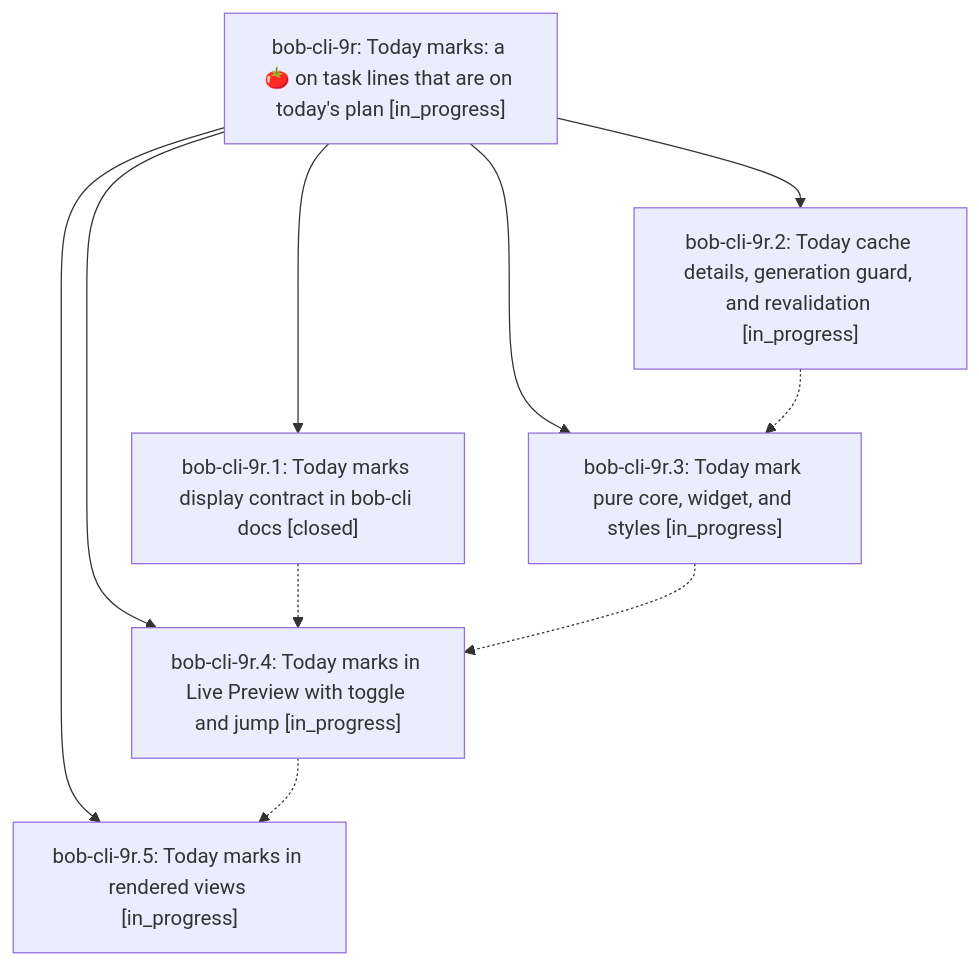
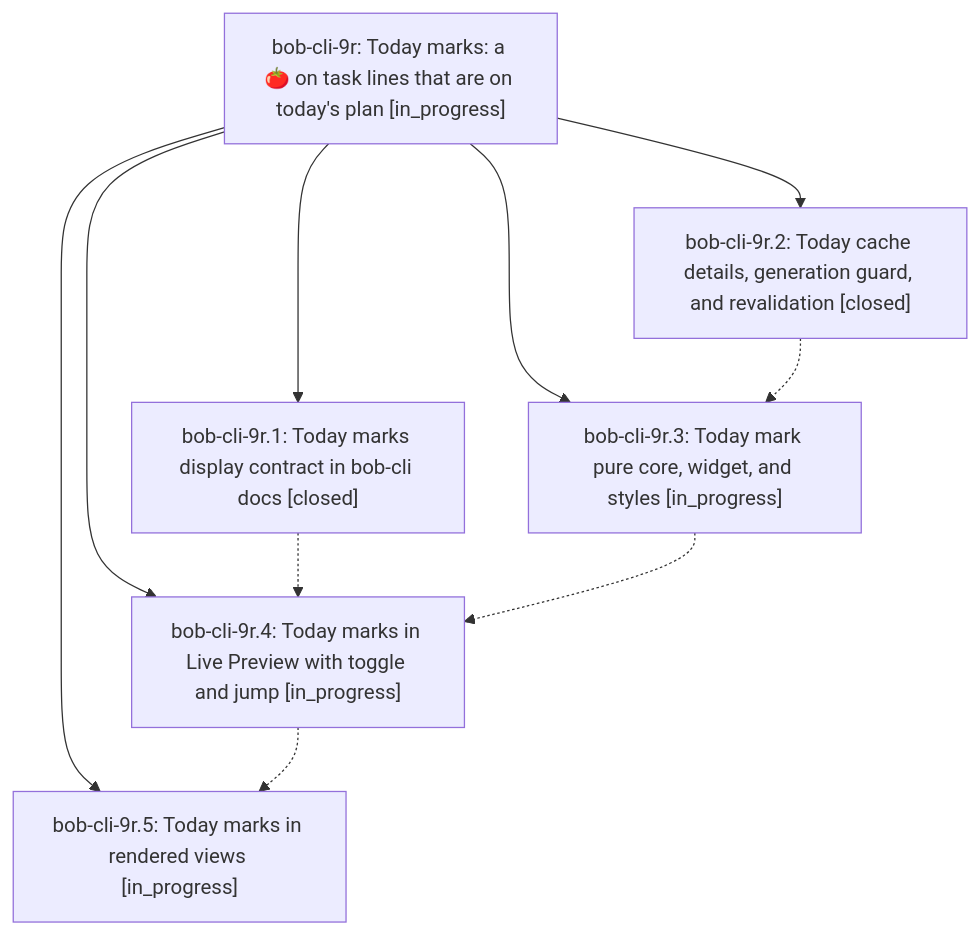
One commit to bobs-org/bob-cli--beads changed the diagram in pages/bob-cli-9r/README.md. Above: the diagram before and after it, drawn with Mermaid. The commit also changed other lines of this file and 3 other files, not shown here.

First line of the commit message:
chore(beads): sync bead state and pages for bob-cli-9r

````diff
--- a/pages/bob-cli-9r/README.md
+++ b/pages/bob-cli-9r/README.md
@@ -26,18 +26,18 @@
 ```mermaid
 flowchart TD
     n0["bob-cli-9r: Today marks: a 🍅 on task lines that are on today's plan [in_progress]"]
     n1["bob-cli-9r.1: Today marks display contract in bob-cli docs [closed]"]
-    n2["bob-cli-9r.2: Today cache details, generation guard, and revalidation [in_progress]"]
+    n2["bob-cli-9r.2: Today cache details, generation guard, and revalidation [closed]"]
     n3["bob-cli-9r.3: Today mark pure core, widget, and styles [in_progress]"]
     n4["bob-cli-9r.4: Today marks in Live Preview with toggle and jump [in_progress]"]
     n5["bob-cli-9r.5: Today marks in rendered views [in_progress]"]
     n0 --> n1
     n0 --> n2
     n0 --> n3
     n0 --> n4
     n0 --> n5
     n1 -.-> n4
     n2 -.-> n3
     n3 -.-> n4
     n4 -.-> n5
 ```
````
